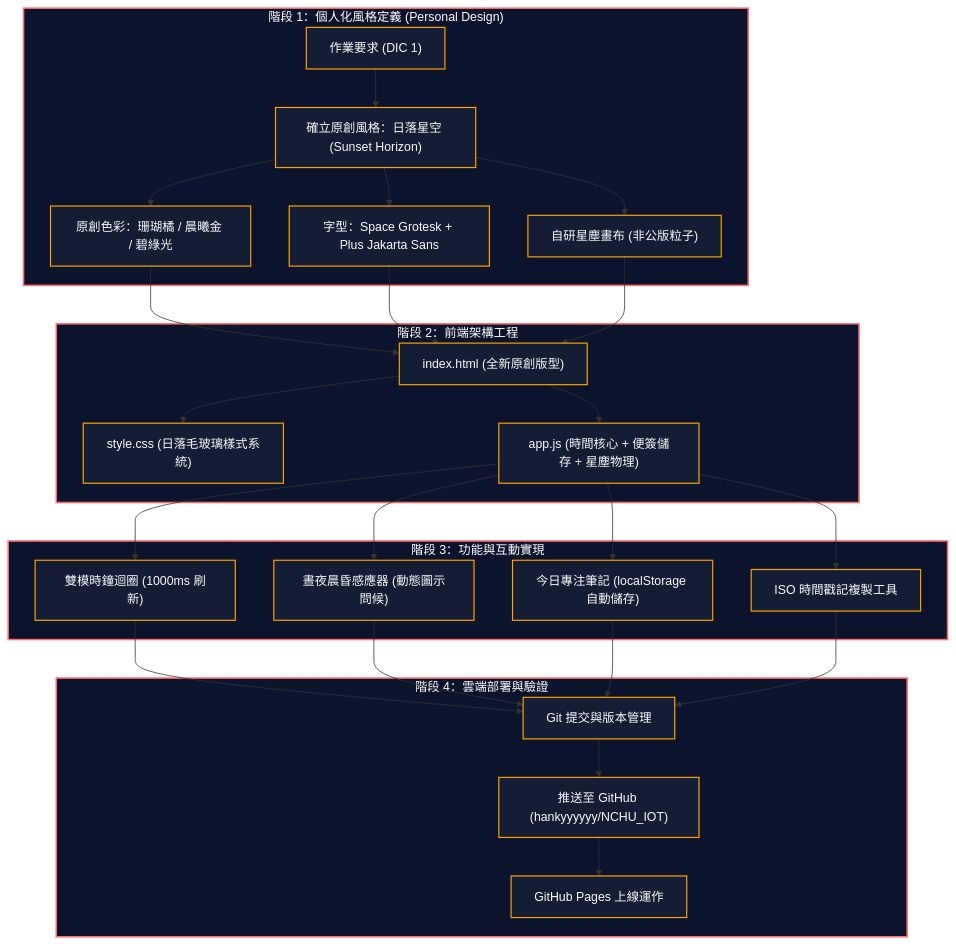
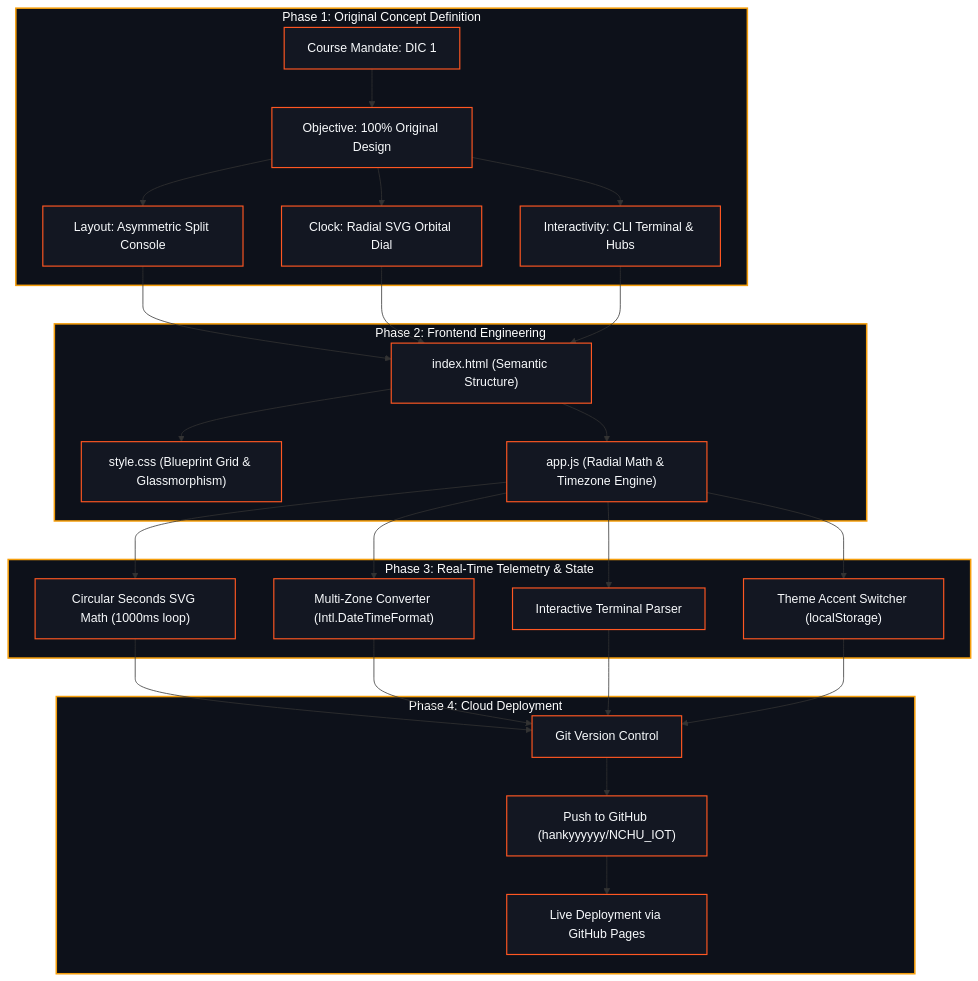
The diagram in README.md (hankyyyyyy/NCHU_IOT), drawn with Mermaid before and after one commit. The commit also changed other lines of this file and 3 other files, not shown here.

Commit message:
feat: complete original English redesign - Asymmetric Console with Radial Orbital Clock, CLI Terminal and Timezone Hubs

````diff
--- a/README.md
+++ b/README.md
@@ -56,33 +64,33 @@
 ```mermaid
 flowchart TD
-    subgraph P1["階段 1：個人化風格定義 (Personal Design)"]
-        A["作業要求 (DIC 1)"] --> B["確立原創風格：日落星空 (Sunset Horizon)"]
-        B --> C1["原創色彩：珊瑚橘 / 晨曦金 / 碧綠光"]
-        B --> C2["字型：Space Grotesk + Plus Jakarta Sans"]
-        B --> C3["自研星塵畫布 (非公版粒子)"]
+    subgraph S1["Phase 1: Original Concept Definition"]
+        A["Course Mandate: DIC 1"] --> B["Objective: 100% Original Design"]
+        B --> C1["Layout: Asymmetric Split Console"]
+        B --> C2["Clock: Radial SVG Orbital Dial"]
+        B --> C3["Interactivity: CLI Terminal & Hubs"]
     end
 
-    subgraph P2["階段 2：前端架構工程"]
-        C1 & C2 & C3 --> D["index.html (全新原創版型)"]
-        D --> E["style.css (日落毛玻璃樣式系統)"]
-        D --> F["app.js (時間核心 + 便簽儲存 + 星塵物理)"]
+    subgraph S2["Phase 2: Frontend Engineering"]
+        C1 & C2 & C3 --> D["index.html (Semantic Structure)"]
+        D --> E["style.css (Blueprint Grid & Glassmorphism)"]
+        D --> F["app.js (Radial Math & Timezone Engine)"]
     end
 
-    subgraph P3["階段 3：功能與互動實現"]
-        F --> G1["雙模時鐘迴圈 (1000ms 刷新)"]
-        F --> G2["晝夜晨昏感應器 (動態圖示問候)"]
-        F --> G3["今日專注筆記 (localStorage 自動儲存)"]
-        F --> G4["ISO 時間戳記複製工具"]
+    subgraph S3["Phase 3: Real-Time Telemetry & State"]
+        F --> G1["Circular Seconds SVG Math (1000ms loop)"]
+        F --> G2["Multi-Zone Converter (Intl.DateTimeFormat)"]
+        F --> G3["Interactive Terminal Parser"]
+        F --> G4["Theme Accent Switcher (localStorage)"]
     end
 
-    subgraph P4["階段 4：雲端部署與驗證"]
-        G1 & G2 & G3 & G4 --> H["Git 提交與版本管理"]
-        H --> I["推送至 GitHub (hankyyyyyy/NCHU_IOT)"]
-        I --> J["GitHub Pages 上線運作"]
+    subgraph S4["Phase 4: Cloud Deployment"]
+        G1 & G2 & G3 & G4 --> H["Git Version Control"]
+        H --> I["Push to GitHub (hankyyyyyy/NCHU_IOT)"]
+        I --> J["Live Deployment via GitHub Pages"]
     end
 
-    classDef phase fill:#0c132c,stroke:#ff6b6b,stroke-width:2px,color:#fff;
-    classDef step fill:#141d33,stroke:#ffa502,stroke-width:1.5px,color:#f8fafc;
-    class P1,P2,P3,P4 phase;
+    classDef phase fill:#0d111a,stroke:#f59e0b,stroke-width:2px,color:#fff;
+    classDef step fill:#131722,stroke:#ff5722,stroke-width:1.5px,color:#f8fafc;
+    class S1,S2,S3,S4 phase;
     class A,B,C1,C2,C3,D,E,F,G1,G2,G3,G4,H,I,J step;
 ```
````
